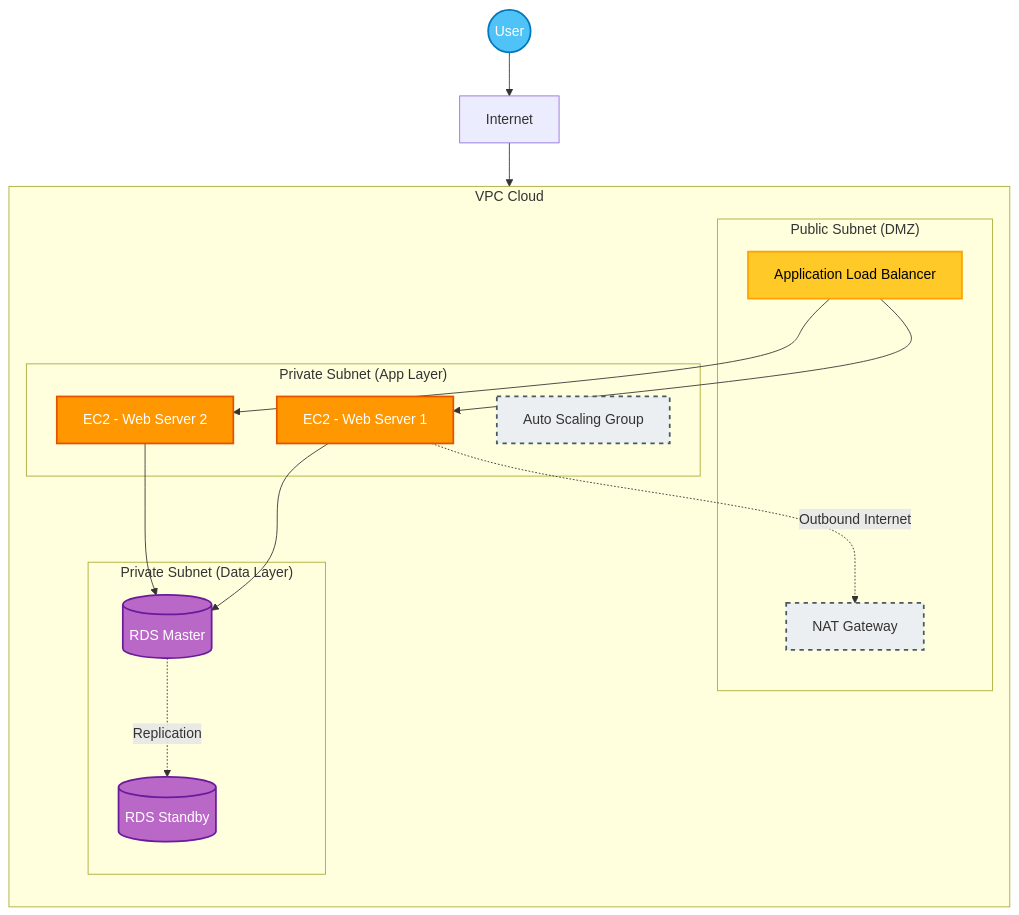
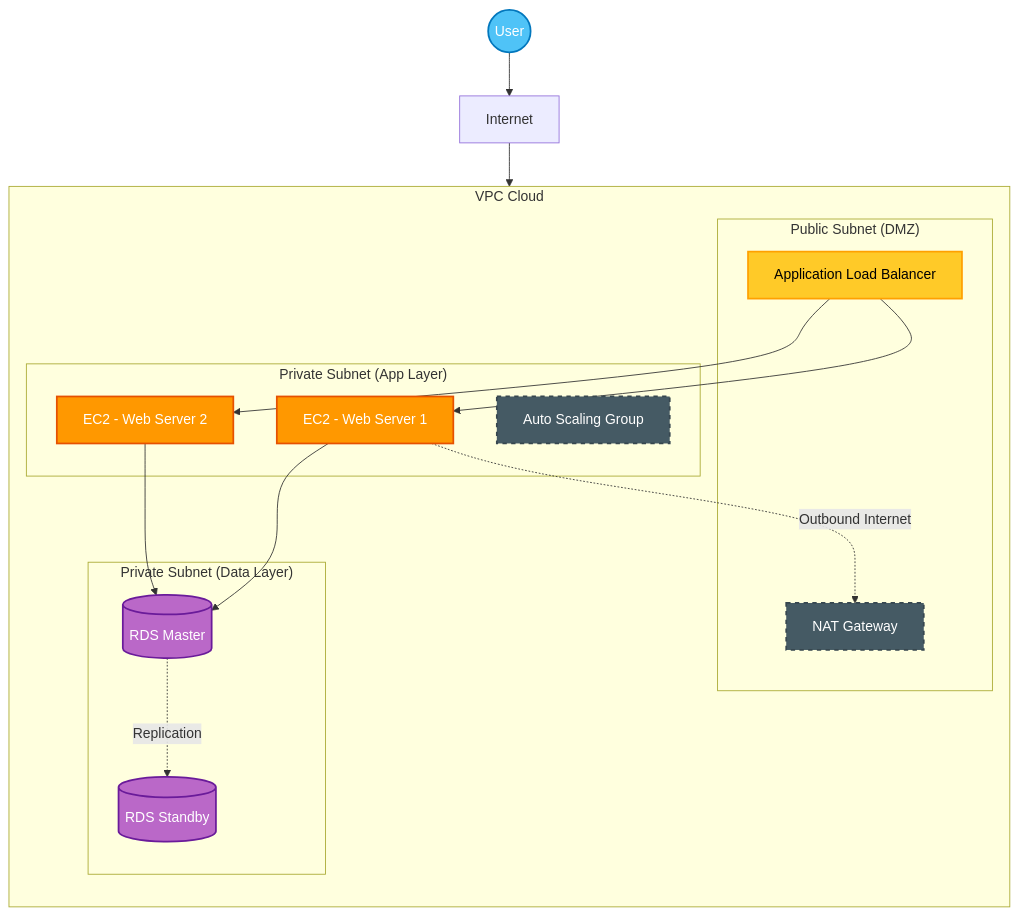
Before and after one commit to dinhnhatnguyen/Map_di_phong_van: the first of 7 diagrams in aws_architecture_combos.md, drawn with Mermaid. The commit also changed other lines of this file and 1 other file, not shown here.

Commit message:
docs: Update AWS architecture combos and SAA-C03 handbook content.

````diff
--- a/aws_architecture_combos.md
+++ b/aws_architecture_combos.md
@@ -12,37 +12,37 @@
 ```mermaid
 flowchart TD
     %% Styles
     classDef client fill:#4FC3F7,stroke:#0277BD,stroke-width:2px,color:white;
     classDef lb fill:#FFCA28,stroke:#FFA000,stroke-width:2px,color:black;
     classDef compute fill:#FF9800,stroke:#E65100,stroke-width:2px,color:white;
     classDef db fill:#BA68C8,stroke:#6A1B9A,stroke-width:2px,color:white,shape:cylinder;
-    classDef net fill:#ECEFF1,stroke:#455A64,stroke-width:2px,stroke-dasharray: 5 5;
+    classDef net fill:#455A64,stroke:#37474F,stroke-width:2px,stroke-dasharray: 5 5,color:white;
 
     subgraph VPC ["VPC Cloud"]
         direction TB
         
         subgraph PublicSubnet ["Public Subnet (DMZ)"]
             ALB["Application Load Balancer"]:::lb
             NAT["NAT Gateway"]:::net
         end
 
         subgraph PrivateWeb ["Private Subnet (App Layer)"]
              EC2_1["EC2 - Web Server 1"]:::compute
              EC2_2["EC2 - Web Server 2"]:::compute
              ASG["Auto Scaling Group"]:::net
         end
 
         subgraph PrivateData ["Private Subnet (Data Layer)"]
             MasterDB[("RDS Master")]:::db
             SlaveDB[("RDS Standby")]:::db
         end
     end
 
     User((User)):::client --> Internet
     Internet --> ALB
 
     ALB --> EC2_1 & EC2_2
     EC2_1 & EC2_2 --> MasterDB
     MasterDB -. "Replication" .-> SlaveDB
     EC2_1 -. "Outbound Internet" .-> NAT
 ```
````
